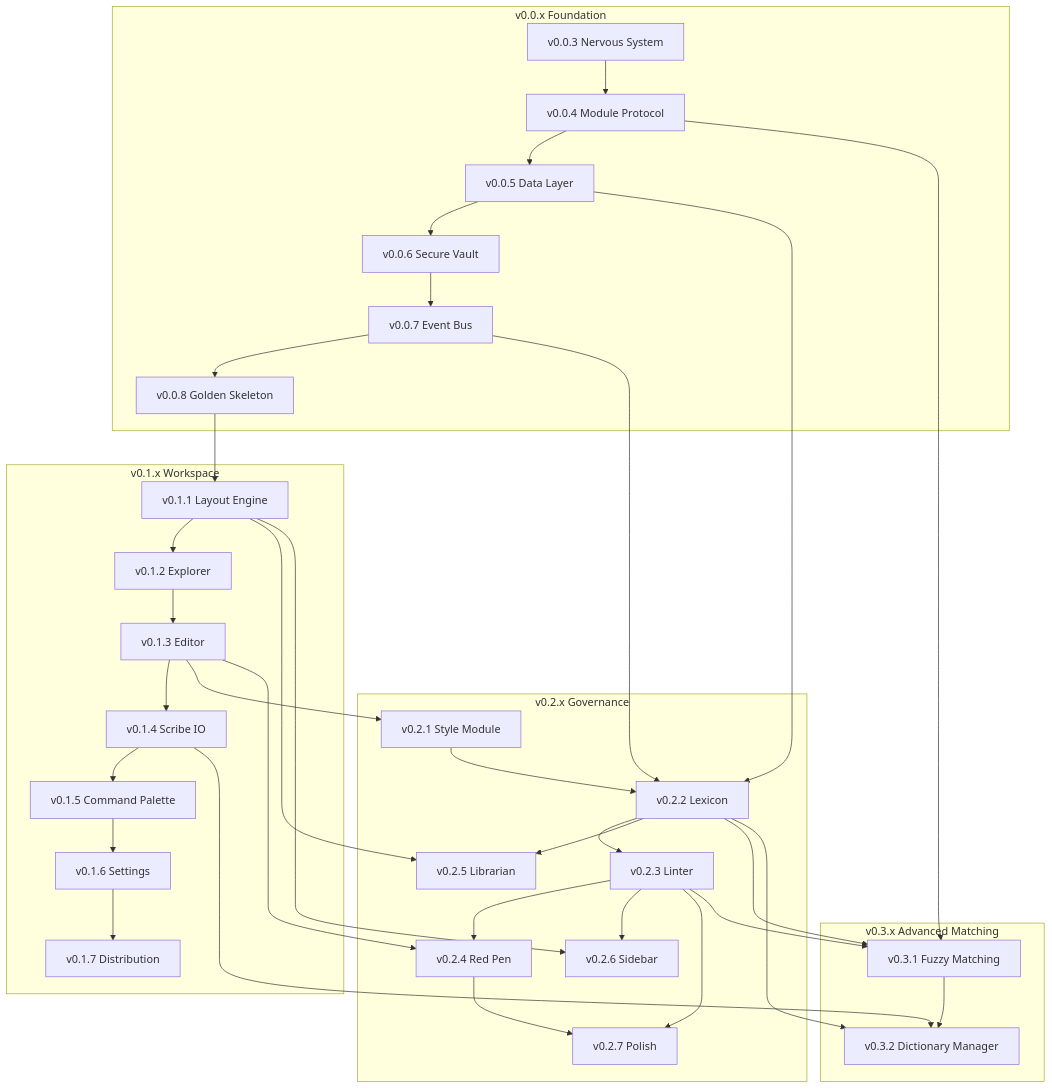
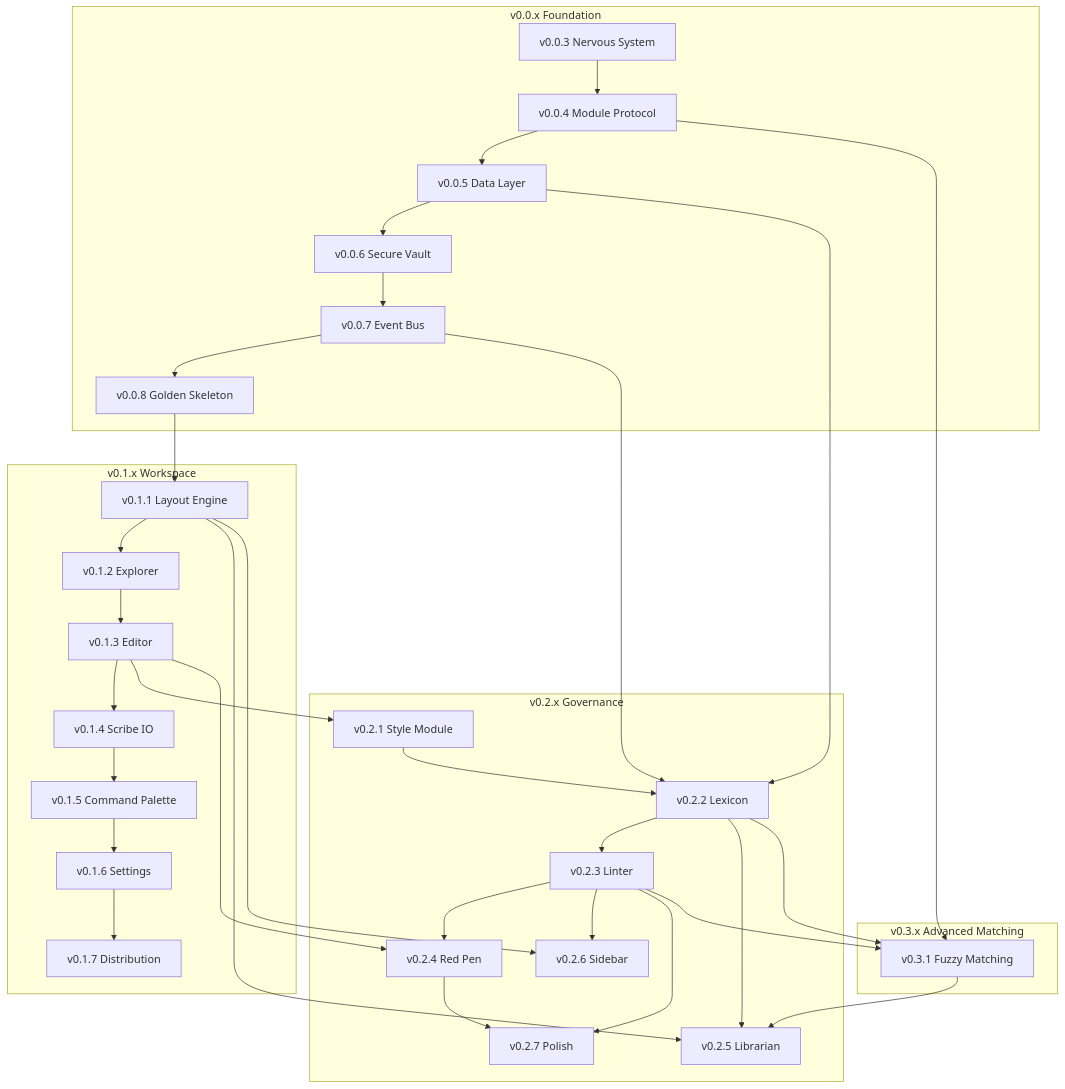
One commit to southpawriter02/lexichord changed the diagram in docs/specs/DEPENDENCY-MATRIX.md. Above: the diagram before and after it, drawn with Mermaid. The commit also changed other lines of this file and 23 other files, not shown here.

````diff
--- a/docs/specs/DEPENDENCY-MATRIX.md
+++ b/docs/specs/DEPENDENCY-MATRIX.md
@@ -522,77 +526,76 @@
 ```mermaid
 graph TB
     subgraph "v0.0.x Foundation"
         V003[v0.0.3 Nervous System]
         V004[v0.0.4 Module Protocol]
         V005[v0.0.5 Data Layer]
         V006[v0.0.6 Secure Vault]
         V007[v0.0.7 Event Bus]
         V008[v0.0.8 Golden Skeleton]
     end
 
     subgraph "v0.1.x Workspace"
         V011[v0.1.1 Layout Engine]
         V012[v0.1.2 Explorer]
         V013[v0.1.3 Editor]
         V014[v0.1.4 Scribe IO]
         V015[v0.1.5 Command Palette]
         V016[v0.1.6 Settings]
         V017[v0.1.7 Distribution]
     end
 
     subgraph "v0.2.x Governance"
         V021[v0.2.1 Style Module]
         V022[v0.2.2 Lexicon]
         V023[v0.2.3 Linter]
         V024[v0.2.4 Red Pen]
         V025[v0.2.5 Librarian]
         V026[v0.2.6 Sidebar]
         V027[v0.2.7 Polish]
     end
 
     subgraph "v0.3.x Advanced Matching"
         V031[v0.3.1 Fuzzy Matching]
-        V032[v0.3.2 Dictionary Manager]
     end
+
+    %% Note: v0.3.2 Dictionary Manager consolidated into v0.2.5 Librarian
 
     %% v0.0.x internal
     V003 --> V004
     V004 --> V005
     V005 --> V006
     V006 --> V007
     V007 --> V008
 
     %% v0.1.x depends on v0.0.x
     V008 --> V011
     V011 --> V012
     V012 --> V013
     V013 --> V014
     V014 --> V015
     V015 --> V016
     V016 --> V017
 
     %% v0.2.x depends on v0.1.x and v0.0.x
     V013 --> V021
     V005 --> V022
     V007 --> V022
     V021 --> V022
     V022 --> V023
     V023 --> V024
     V013 --> V024
     V022 --> V025
     V011 --> V025
     V023 --> V026
     V011 --> V026
     V023 --> V027
     V024 --> V027
 
     %% v0.3.x depends on v0.2.x, v0.1.x, and v0.0.x
     V022 --> V031
     V023 --> V031
     V004 --> V031
 
-    %% v0.3.2 depends on v0.3.1, v0.2.x, v0.1.x, and v0.0.x
-    V031 --> V032
-    V022 --> V032
-    V014 --> V032
+    %% v0.2.5 now includes consolidated Dictionary Manager functionality
+    V031 --> V025
 ```
````
